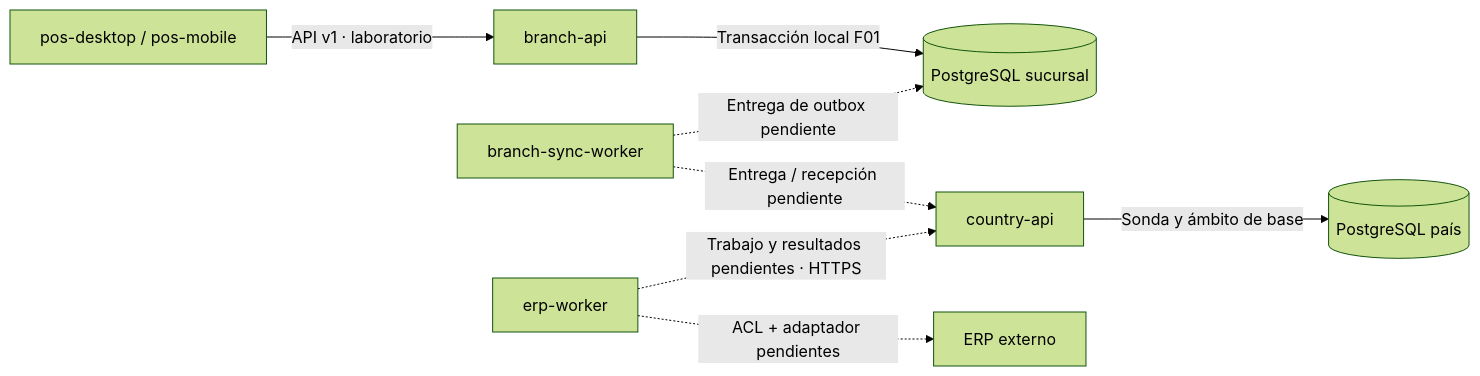
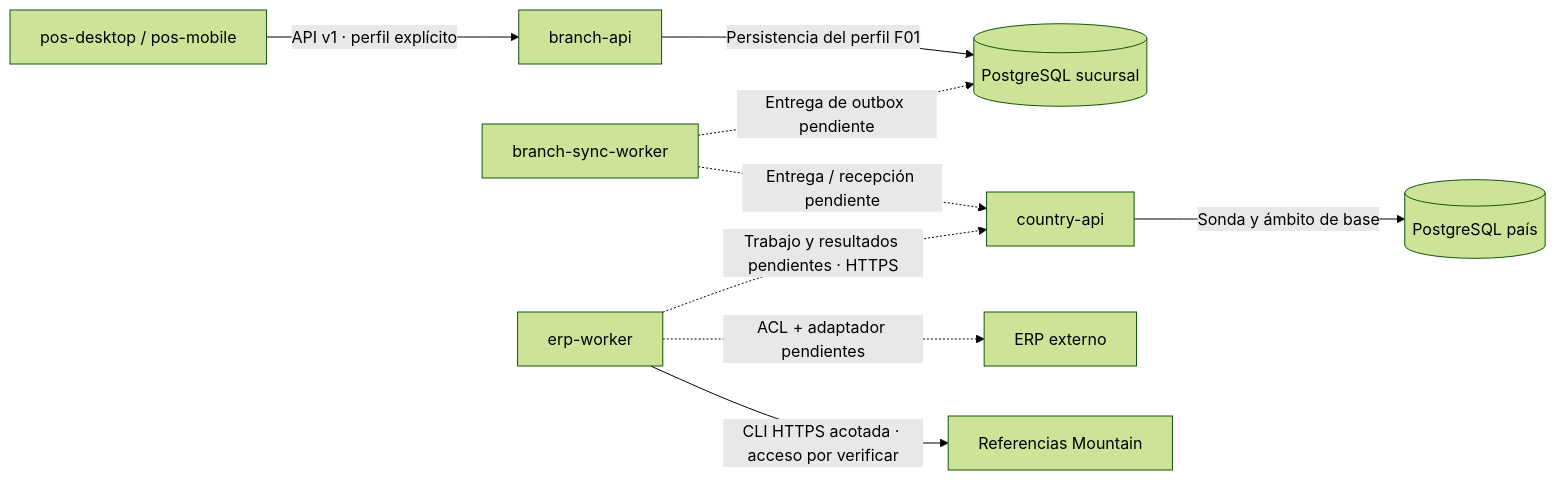
The diagram in docs/monorepo.md (developer-implementos/pos-docs), drawn with Mermaid (forest theme) before and after one commit. The commit also changed other lines of this file and 14 other files, not shown here.

````diff
--- a/docs/monorepo.md
+++ b/docs/monorepo.md
@@ -203,10 +205,11 @@
 ```mermaid
 flowchart LR
-    Client["pos-desktop / pos-mobile"] -->|"API v1 · laboratorio"| Branch["branch-api"]
-    Branch -->|"Transacción local F01"| Local[("PostgreSQL sucursal")]
+    Client["pos-desktop / pos-mobile"] -->|"API v1 · perfil explícito"| Branch["branch-api"]
+    Branch -->|"Persistencia del perfil F01"| Local[("PostgreSQL sucursal")]
     Sync["branch-sync-worker"] -.->|"Entrega / recepción pendiente"| Country["country-api"]
     Sync -.->|"Entrega de outbox pendiente"| Local
     Country -->|"Sonda y ámbito de base"| Central[("PostgreSQL país")]
     ERP["erp-worker"] -.->|"Trabajo y resultados pendientes · HTTPS"| Country
     ERP -.->|"ACL + adaptador pendientes"| External["ERP externo"]
+    ERP -->|"CLI HTTPS acotada · acceso por verificar"| Mountain["Referencias Mountain"]
 ```
````
